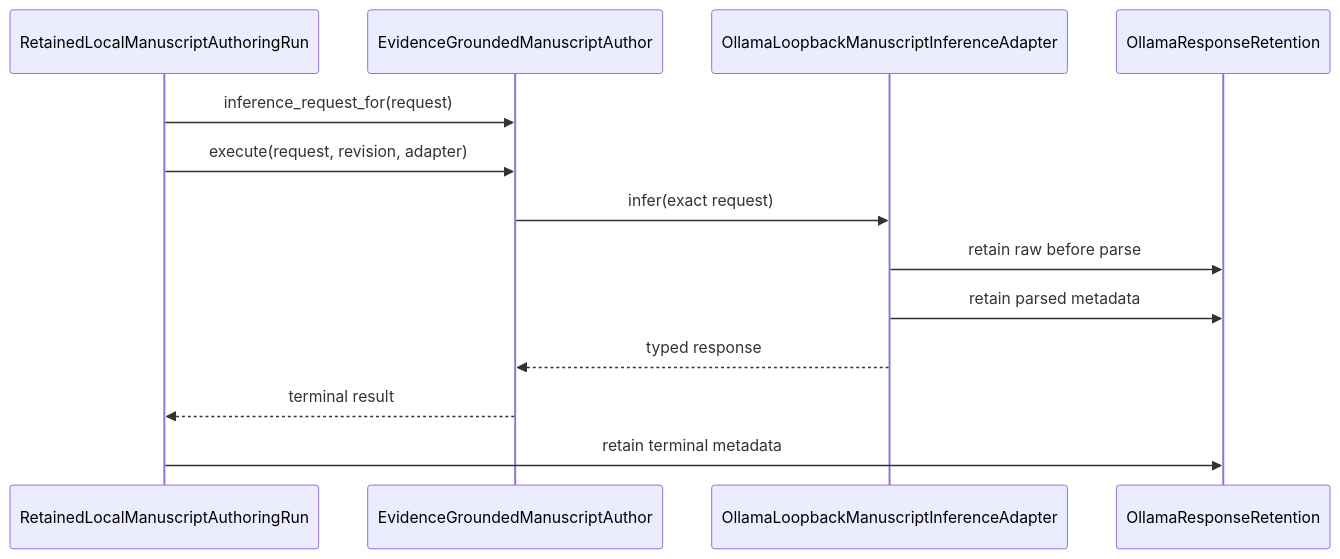
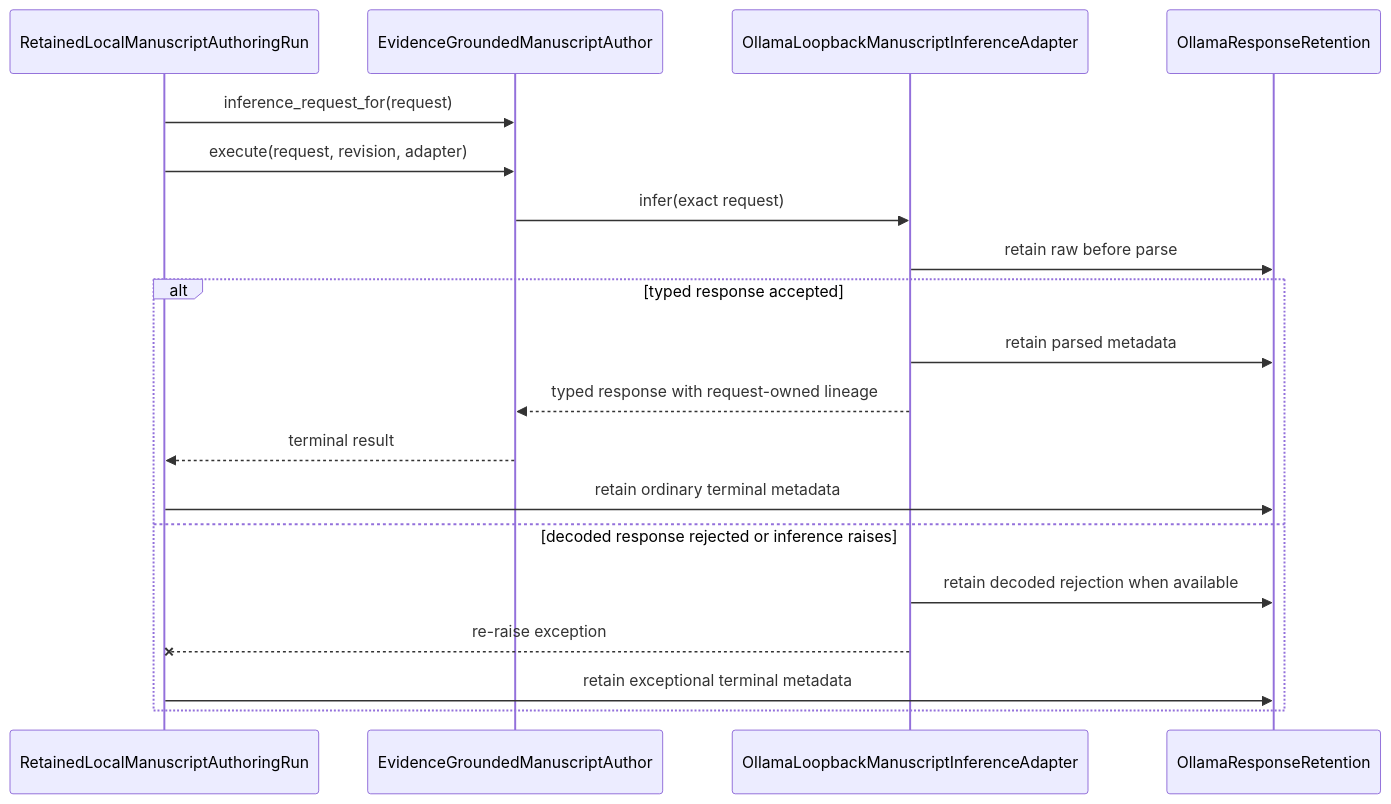
The diagram in docs/architecture/ksdft2effmass/publications/authoring/local_run/schematic.md (eragasa/ksdft2effmass), drawn with Mermaid before and after one commit. The commit also changed other lines of this file and 30 other files, not shown here.

````diff
--- a/docs/architecture/ksdft2effmass/publications/authoring/local_run/schematic.md
+++ b/docs/architecture/ksdft2effmass/publications/authoring/local_run/schematic.md
@@ -3,15 +3,21 @@
 ```mermaid
 sequenceDiagram
     participant Workflow as RetainedLocalManuscriptAuthoringRun
     participant Author as EvidenceGroundedManuscriptAuthor
     participant Ollama as OllamaLoopbackManuscriptInferenceAdapter
     participant Cache as OllamaResponseRetention
     Workflow->>Author: inference_request_for(request)
     Workflow->>Author: execute(request, revision, adapter)
     Author->>Ollama: infer(exact request)
     Ollama->>Cache: retain raw before parse
-    Ollama->>Cache: retain parsed metadata
-    Ollama-->>Author: typed response
-    Author-->>Workflow: terminal result
-    Workflow->>Cache: retain terminal metadata
+    alt typed response accepted
+        Ollama->>Cache: retain parsed metadata
+        Ollama-->>Author: typed response with request-owned lineage
+        Author-->>Workflow: terminal result
+        Workflow->>Cache: retain ordinary terminal metadata
+    else decoded response rejected or inference raises
+        Ollama->>Cache: retain decoded rejection when available
+        Ollama--xWorkflow: re-raise exception
+        Workflow->>Cache: retain exceptional terminal metadata
+    end
 ```
````
